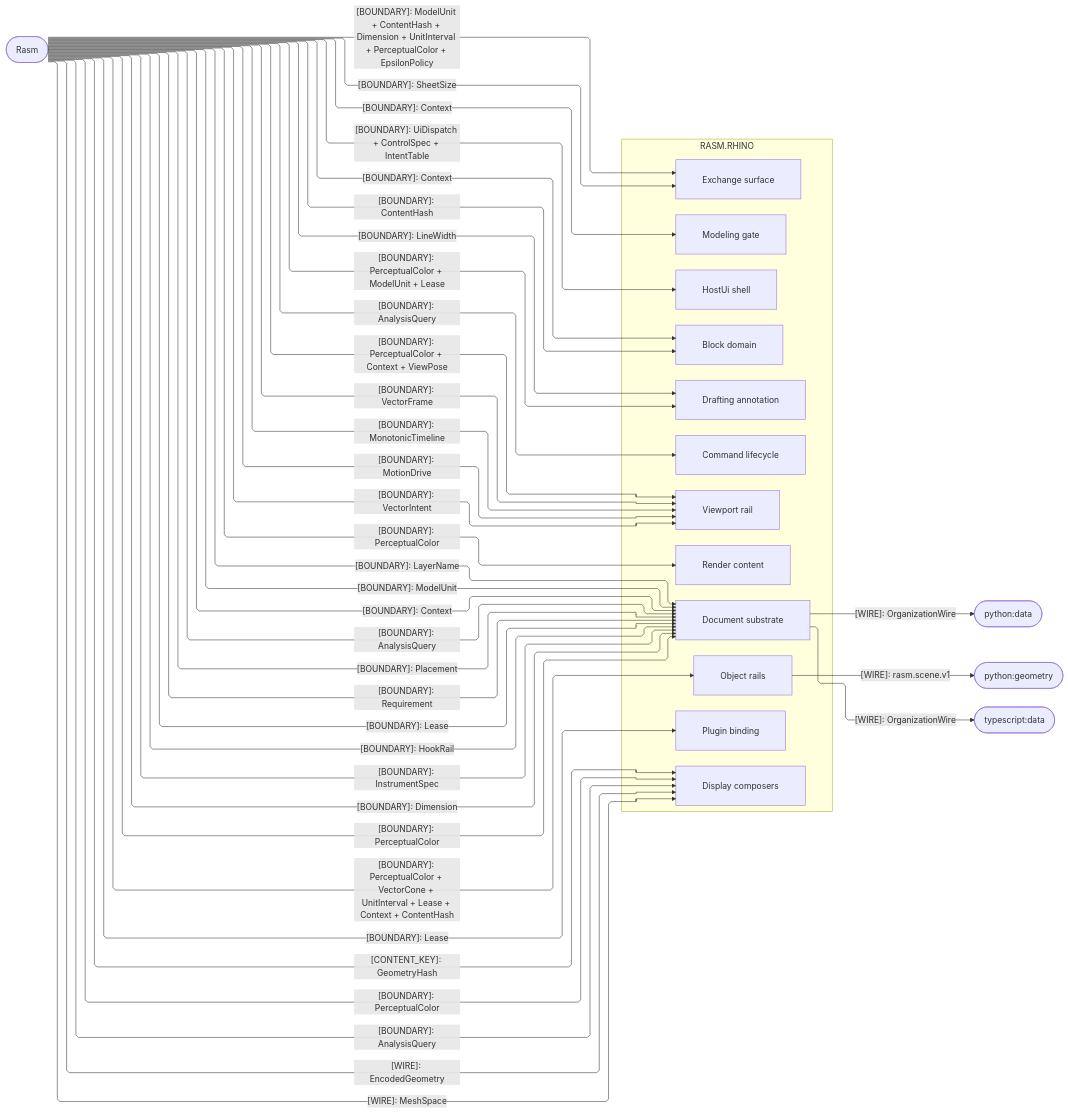
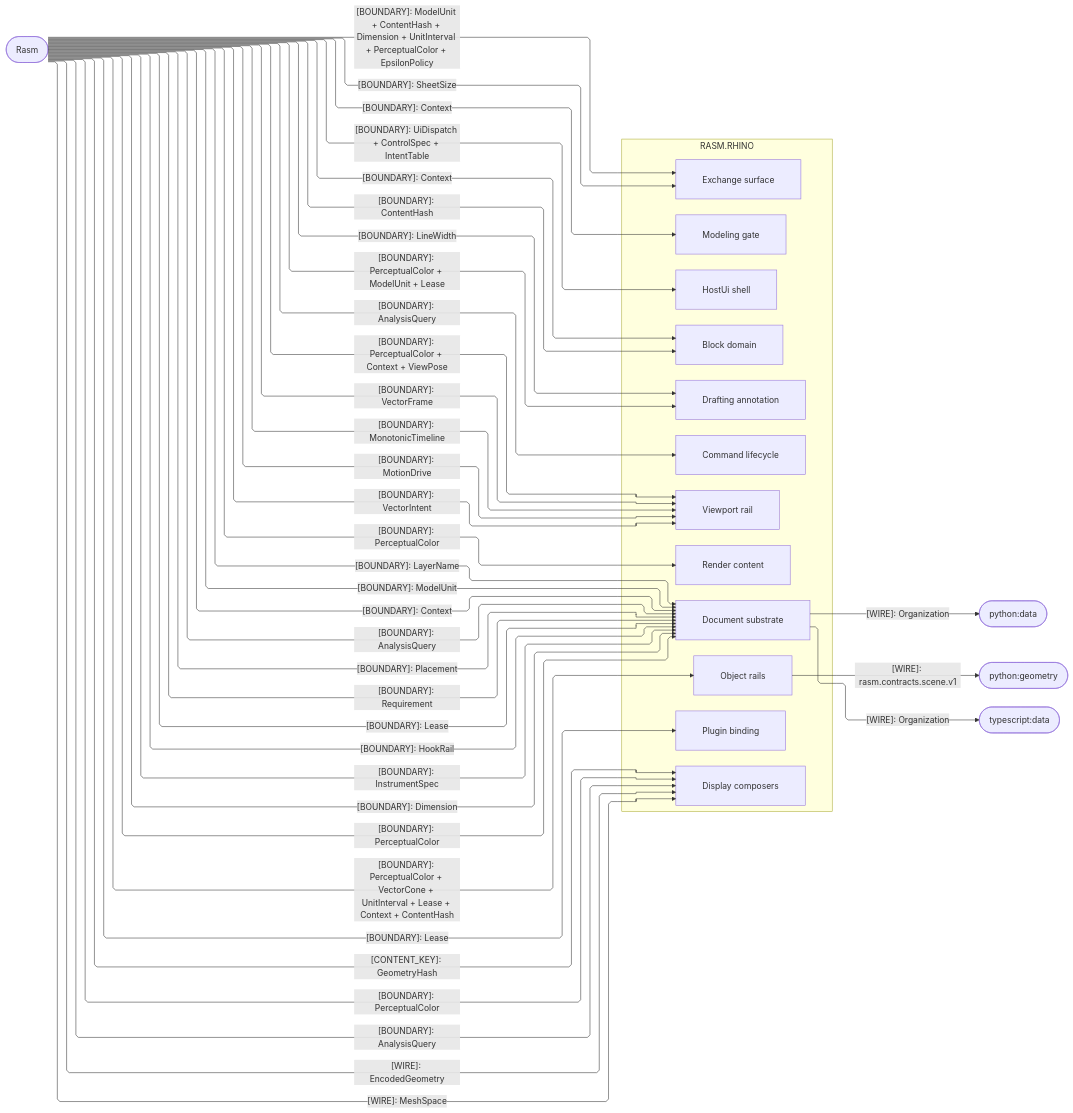
One commit to bsamiee/Rasm changed the second of 3 diagrams in libs/csharp/Rasm.Rhino/ARCHITECTURE.md. Above: the diagram before and after it, drawn with Mermaid. The commit also changed other lines of this file and 820 other files, not shown here.

````diff
--- a/libs/csharp/Rasm.Rhino/ARCHITECTURE.md
+++ b/libs/csharp/Rasm.Rhino/ARCHITECTURE.md
@@ -173,66 +173,66 @@
 ```mermaid
 ---
 config:
   layout: elk
   flowchart:
     curve: linear
     padding: 25
 ---
 flowchart LR
     accTitle: Rasm.Rhino kernel-boundary seams
     accDescr: Which frozen-name kernel contracts the Rhino boundary consumes, one edge per contract family, and which wires its bands emit to peers.
     subgraph rhino[RASM.RHINO]
         Document[Document substrate]
         Objects[Object rails]
         Commands[Command lifecycle]
         Blocks[Block domain]
         Modeling[Modeling gate]
         Annotation[Drafting annotation]
         Viewport[Viewport rail]
         Display[Display composers]
         Render[Render content]
         Exchange[Exchange surface]
         HostUi[HostUi shell]
         Plugin[Plugin binding]
     end
     Rasm([Rasm])
     PyData([python:data])
     PyGeometry([python:geometry])
     TsData([typescript:data])
     Rasm e1@-->|"[BOUNDARY]: ModelUnit"| Document
     Rasm e2@-->|"[BOUNDARY]: Context"| Document
     Rasm e3@-->|"[BOUNDARY]: AnalysisQuery"| Document
     Rasm e4@-->|"[BOUNDARY]: Placement"| Document
     Rasm e5@-->|"[BOUNDARY]: Requirement"| Document
     Rasm e6@-->|"[BOUNDARY]: Lease"| Document
     Rasm e7@-->|"[BOUNDARY]: HookRail"| Document
     Rasm e8@-->|"[BOUNDARY]: InstrumentSpec"| Document
     Rasm e9@-->|"[BOUNDARY]: Dimension"| Document
     Rasm e10@-->|"[BOUNDARY]: PerceptualColor"| Document
     Rasm e11@-->|"[BOUNDARY]: LayerName"| Document
     Rasm e12@-->|"[BOUNDARY]: VectorFrame"| Viewport
     Rasm e13@-->|"[BOUNDARY]: AnalysisQuery"| Commands
     Rasm e14@-->|"[BOUNDARY]: UiDispatch + ControlSpec + IntentTable"| HostUi
     Rasm e15@-->|"[BOUNDARY]: MonotonicTimeline"| Viewport
     Rasm e16@-->|"[BOUNDARY]: MotionDrive"| Viewport
     Rasm e17@-->|"[BOUNDARY]: SheetSize"| Exchange
     Rasm e18@-->|"[BOUNDARY]: VectorIntent"| Viewport
     Rasm e19@-->|"[BOUNDARY]: Context"| Modeling
     Rasm e20@-->|"[BOUNDARY]: ContentHash"| Blocks
     Rasm e21@-->|"[BOUNDARY]: PerceptualColor"| Display
     Rasm e22@-->|"[BOUNDARY]: AnalysisQuery"| Display
     Rasm e23@-->|"[BOUNDARY]: PerceptualColor"| Render
     Rasm e24@-->|"[BOUNDARY]: PerceptualColor + Context + ViewPose"| Viewport
     Rasm e25@-->|"[BOUNDARY]: PerceptualColor + ModelUnit + Lease"| Annotation
     Rasm e26@-->|"[BOUNDARY]: LineWidth"| Annotation
     Rasm e27@-->|"[BOUNDARY]: Context"| Blocks
     Rasm e28@-->|"[BOUNDARY]: ModelUnit + ContentHash + Dimension + UnitInterval + PerceptualColor + EpsilonPolicy"| Exchange
     Rasm e29@-->|"[BOUNDARY]: Lease"| Plugin
     Rasm e30@-->|"[WIRE]: EncodedGeometry"| Display
     Rasm e31@-->|"[WIRE]: MeshSpace"| Display
     Rasm e32@-->|"[CONTENT_KEY]: GeometryHash"| Display
     Rasm e33@-->|"[BOUNDARY]: PerceptualColor + VectorCone + UnitInterval + Lease + Context + ContentHash"| Objects
-    Document e34@-->|"[WIRE]: OrganizationWire"| PyData
-    Document e35@-->|"[WIRE]: OrganizationWire"| TsData
-    Objects e36@-->|"[WIRE]: rasm.scene.v1"| PyGeometry
+    Document e34@-->|"[WIRE]: Organization"| PyData
+    Document e35@-->|"[WIRE]: Organization"| TsData
+    Objects e36@-->|"[WIRE]: rasm.contracts.scene.v1"| PyGeometry
 ```
````
